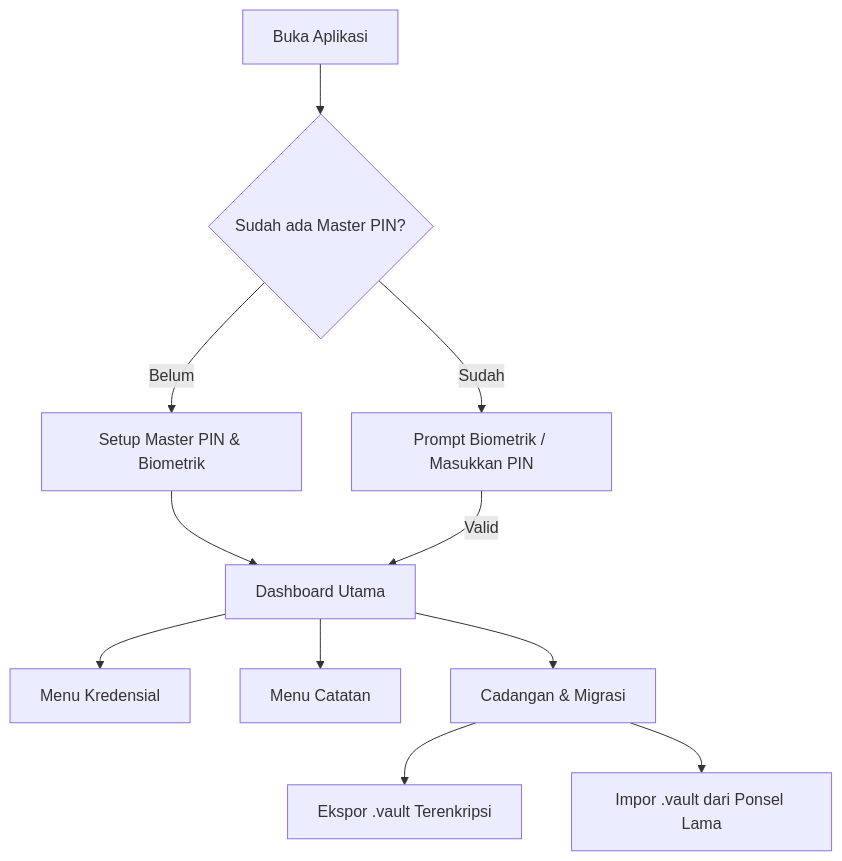
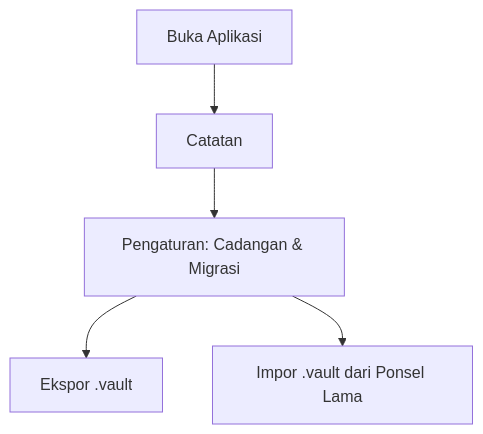
Before and after one commit to AbdurRouf05/offline-vault: the diagram in docs/PRD.md, drawn with Mermaid. The commit also changed other lines of this file and 2 other files, not shown here.

Commit message:
docs: record switch to notes-only app without PIN (ADR 0002)

````diff
--- a/docs/PRD.md
+++ b/docs/PRD.md
@@ -86,13 +84,7 @@
 ```mermaid
 flowchart TD
-  A["Buka Aplikasi"] --> B{"Sudah ada Master PIN?"}
-  B -->|"Belum"| C["Setup Master PIN & Biometrik"]
-  B -->|"Sudah"| D["Prompt Biometrik / Masukkan PIN"]
-  C --> E["Dashboard Utama"]
-  D -->|"Valid"| E
-  E --> F["Menu Kredensial"]
-  E --> G["Menu Catatan"]
-  E --> H["Cadangan & Migrasi"]
-  H --> I["Ekspor .vault Terenkripsi"]
+  A["Buka Aplikasi"] --> G["Catatan"]
+  G --> H["Pengaturan: Cadangan & Migrasi"]
+  H --> I["Ekspor .vault"]
   H --> J["Impor .vault dari Ponsel Lama"]
 ```
````
